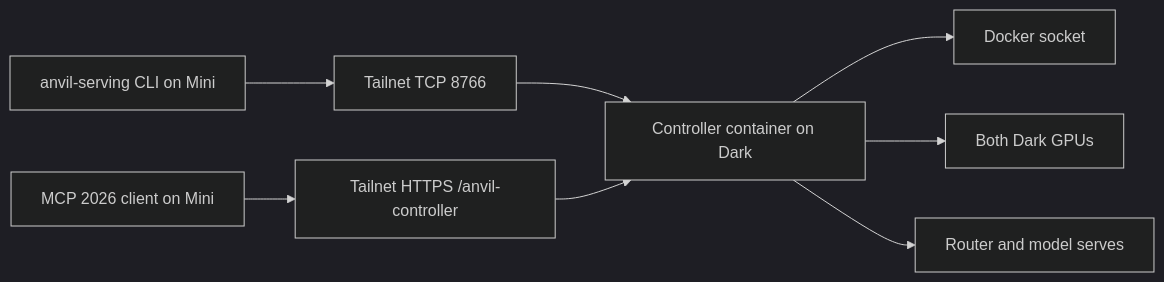
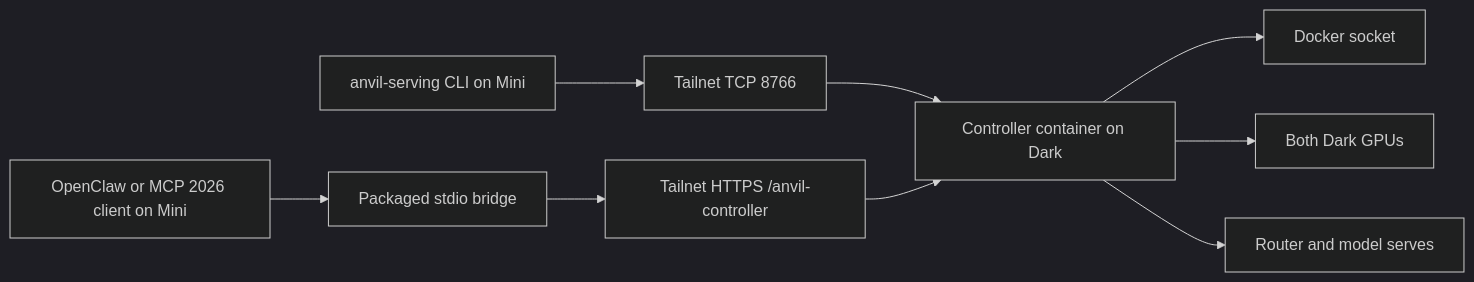
One commit to fakoli/anvil-serving changed the diagram in examples/fakoli-dark/REMOTE-CONTROL.md. Above: the diagram before and after it, drawn with Mermaid (dark theme). The commit also changed other lines of this file and 29 other files, not shown here.

Commit message:
feat(mcp): add dual-era TypeScript bridge

````diff
--- a/examples/fakoli-dark/REMOTE-CONTROL.md
+++ b/examples/fakoli-dark/REMOTE-CONTROL.md
@@ -22,10 +23,11 @@
 ```mermaid
 flowchart LR
     CLI["anvil-serving CLI on Mini"] --> TCP["Tailnet TCP 8766"]
-    MCP["MCP 2026 client on Mini"] --> HTTPS["Tailnet HTTPS /anvil-controller"]
+    MCP["OpenClaw or MCP 2026 client on Mini"] --> B["Packaged stdio bridge"]
+    B --> HTTPS["Tailnet HTTPS /anvil-controller"]
     TCP --> C["Controller container on Dark"]
     HTTPS --> C
     C --> D["Docker socket"]
     C --> G["Both Dark GPUs"]
     C --> R["Router and model serves"]
 ```
````
